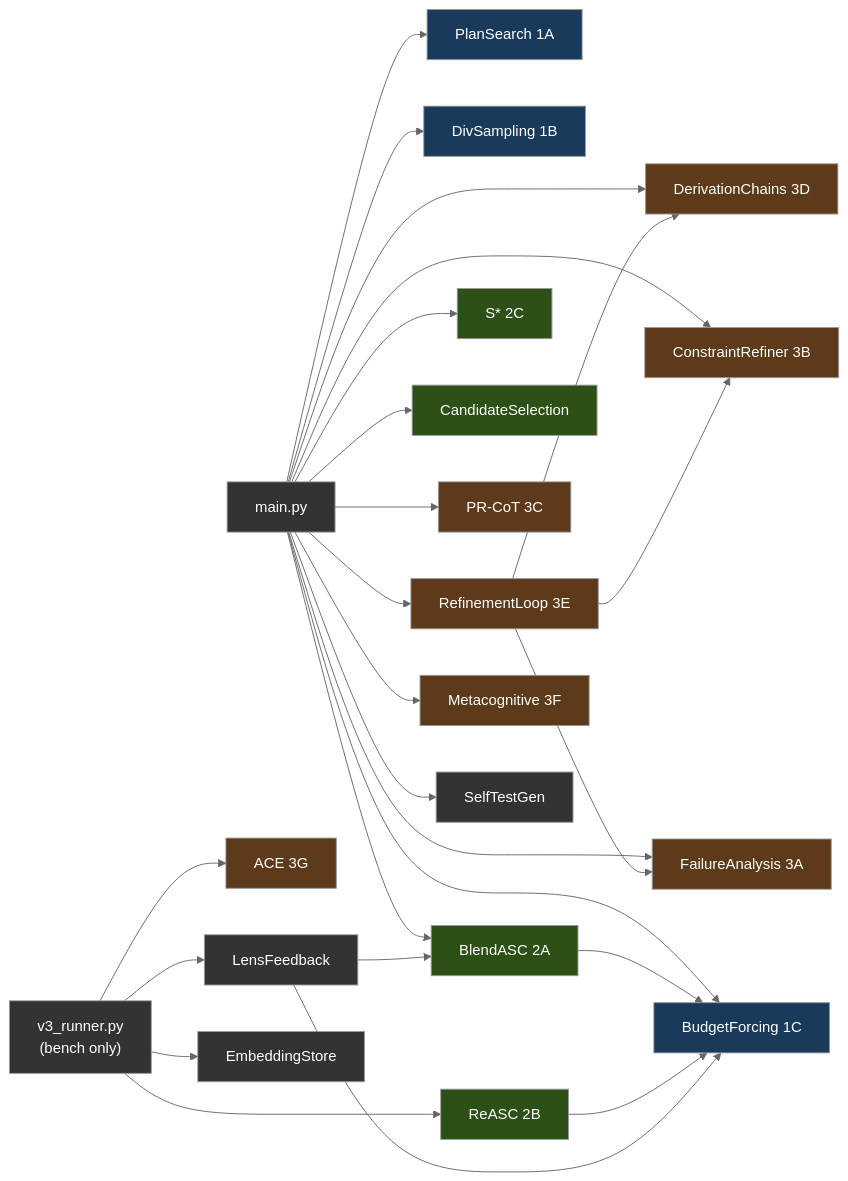
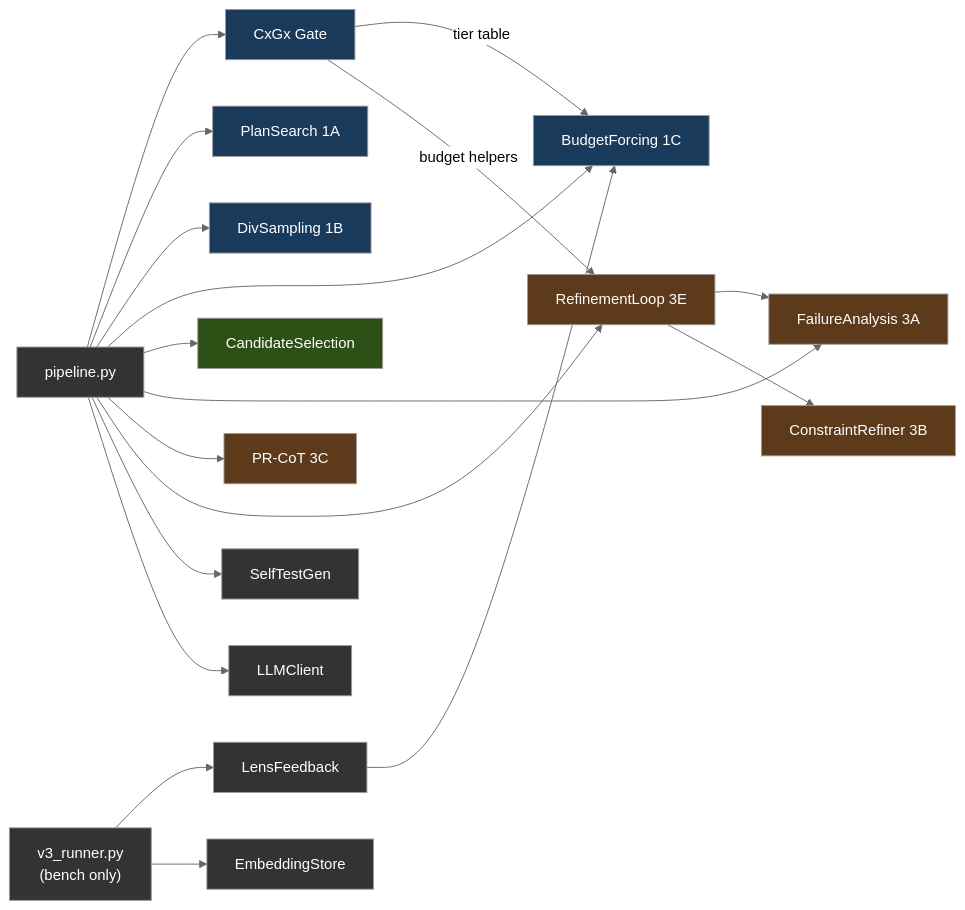
One commit to itigges22/ATLAS changed the fifth of 13 diagrams in docs/lang/ja/ARCHITECTURE.md. Above: the diagram before and after it, drawn with Mermaid (neutral theme). The commit also changed other lines of this file and 11 other files, not shown here.

````diff
--- a/docs/lang/ja/ARCHITECTURE.md
+++ b/docs/lang/ja/ARCHITECTURE.md
@@ -326,48 +345,37 @@
 ```mermaid
 graph LR
-    Main["main.py"] --> PS["PlanSearch 1A"]
+    Main["pipeline.py"] --> CG["CxGx Gate"]
+    Main --> PS["PlanSearch 1A"]
     Main --> DS["DivSampling 1B"]
     Main --> BF["BudgetForcing 1C"]
-    Main --> BASC["BlendASC 2A"]
-    Bench["v3_runner.py\n(bench only)"] --> REASC["ReASC 2B"]
-    Main --> SSTAR["S* 2C"]
     Main --> CS["CandidateSelection"]
     Main --> FA["FailureAnalysis 3A"]
-    Main --> CR["ConstraintRefiner 3B"]
     Main --> PRCOT["PR-CoT 3C"]
-    Main --> DC["DerivationChains 3D"]
     Main --> RL["RefinementLoop 3E"]
-    Main --> MC["Metacognitive 3F"]
-    Bench --> ACE["ACE 3G"]
     Main --> STG["SelfTestGen"]
-    Bench --> LF["LensFeedback"]
+    Main --> LLM["LLMClient"]
+    Bench["v3_runner.py\n(bench only)"] --> LF["LensFeedback"]
     Bench --> ES["EmbeddingStore"]
 
     RL --> FA
-    RL --> CR
-    RL --> DC
-    BASC --> BF
-    REASC --> BF
-    LF --> BASC
+    RL --> CR["ConstraintRefiner 3B"]
+    CG -->|"tier table"| BF
+    CG -->|"budget helpers"| RL
     LF --> BF
 
     style Main fill:#333,color:#fff
     style Bench fill:#333,color:#fff
+    style CG fill:#1a3a5c,color:#fff
     style PS fill:#1a3a5c,color:#fff
     style DS fill:#1a3a5c,color:#fff
     style BF fill:#1a3a5c,color:#fff
-    style BASC fill:#2d5016,color:#fff
-    style REASC fill:#2d5016,color:#fff
-    style SSTAR fill:#2d5016,color:#fff
     style CS fill:#2d5016,color:#fff
     style FA fill:#5c3a1a,color:#fff
     style CR fill:#5c3a1a,color:#fff
     style PRCOT fill:#5c3a1a,color:#fff
-    style DC fill:#5c3a1a,color:#fff
     style RL fill:#5c3a1a,color:#fff
-    style MC fill:#5c3a1a,color:#fff
-    style ACE fill:#5c3a1a,color:#fff
     style STG fill:#333,color:#fff
+    style LLM fill:#333,color:#fff
     style LF fill:#333,color:#fff
     style ES fill:#333,color:#fff
 ```
````
